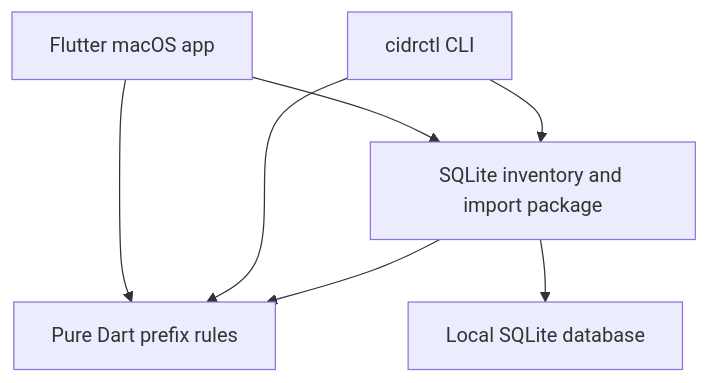
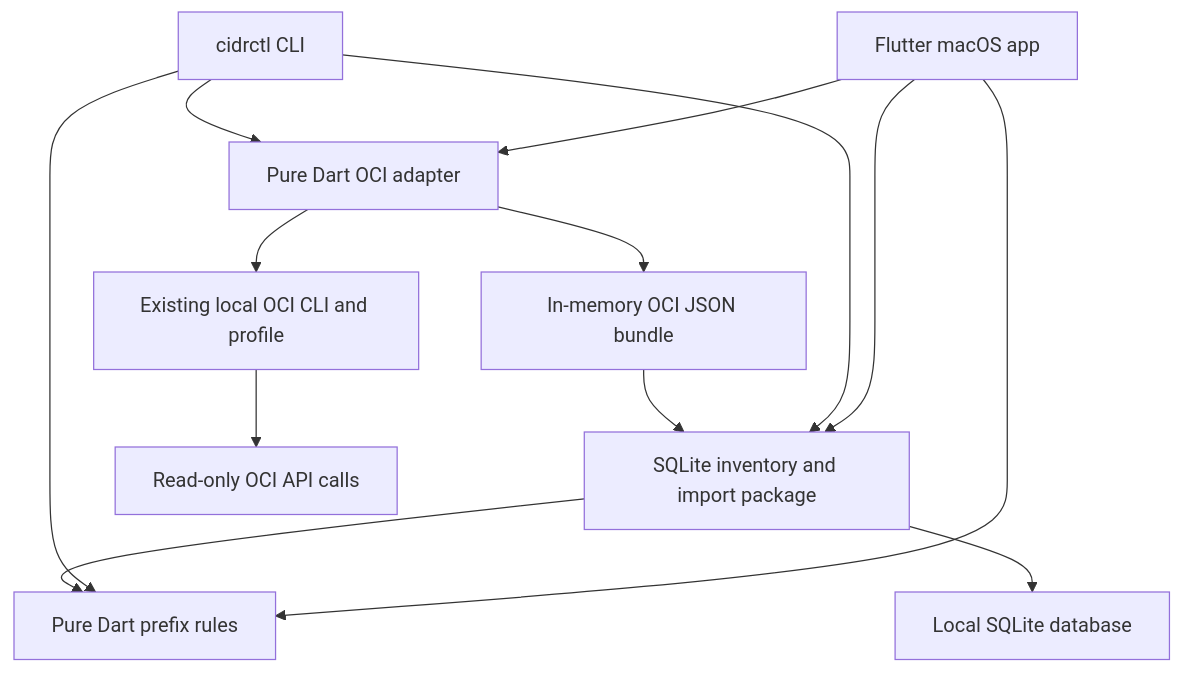
Before and after one commit to sergio-farfan/cidr-atlas: the diagram in docs/architecture.md, drawn with Mermaid. The commit also changed other lines of this file and 7 other files, not shown here.

````diff
--- a/docs/architecture.md
+++ b/docs/architecture.md
@@ -9,9 +10,15 @@
 ```mermaid
 flowchart TD
   A[Flutter macOS app] --> D[SQLite inventory and import package]
   B[cidrctl CLI] --> D
   A --> C[Pure Dart prefix rules]
   B --> C
   D --> C
   D --> E[Local SQLite database]
+  A --> F[Pure Dart OCI adapter]
+  B --> F
+  F --> G[Existing local OCI CLI and profile]
+  G --> H[Read-only OCI API calls]
+  F --> I[In-memory OCI JSON bundle]
+  I --> D
 ```
````
